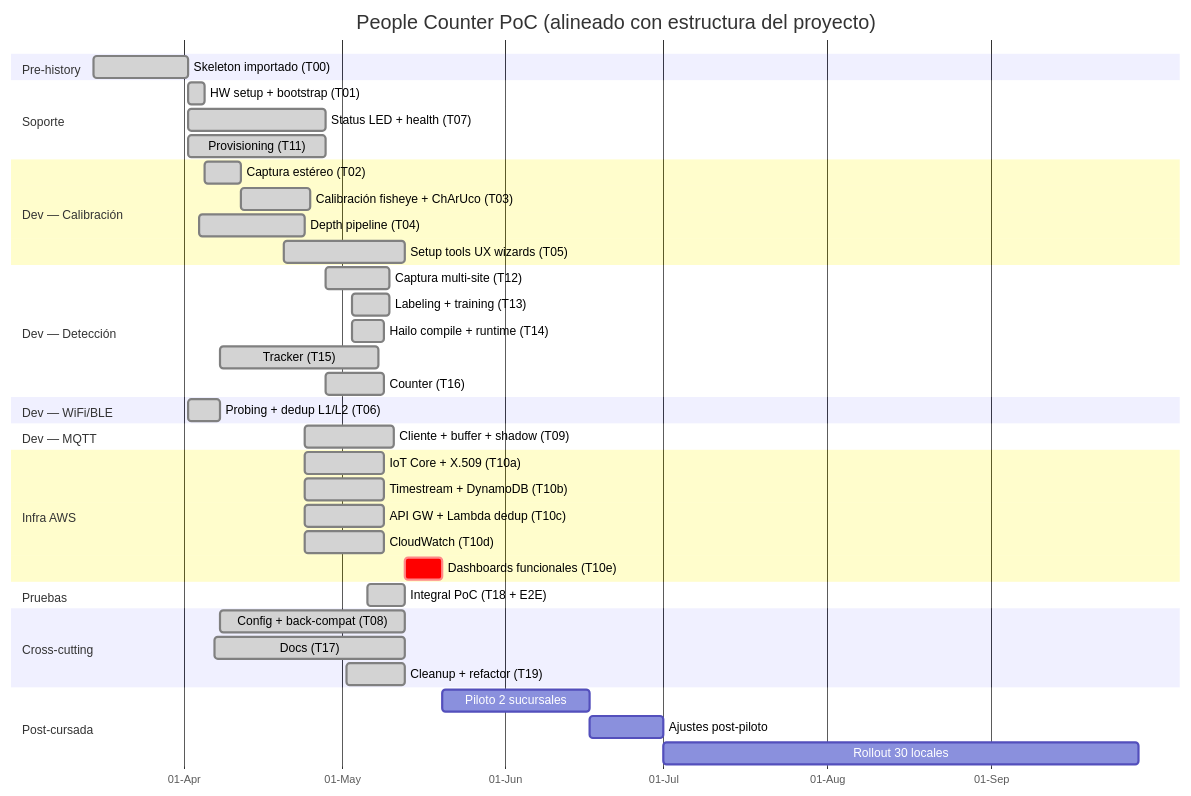
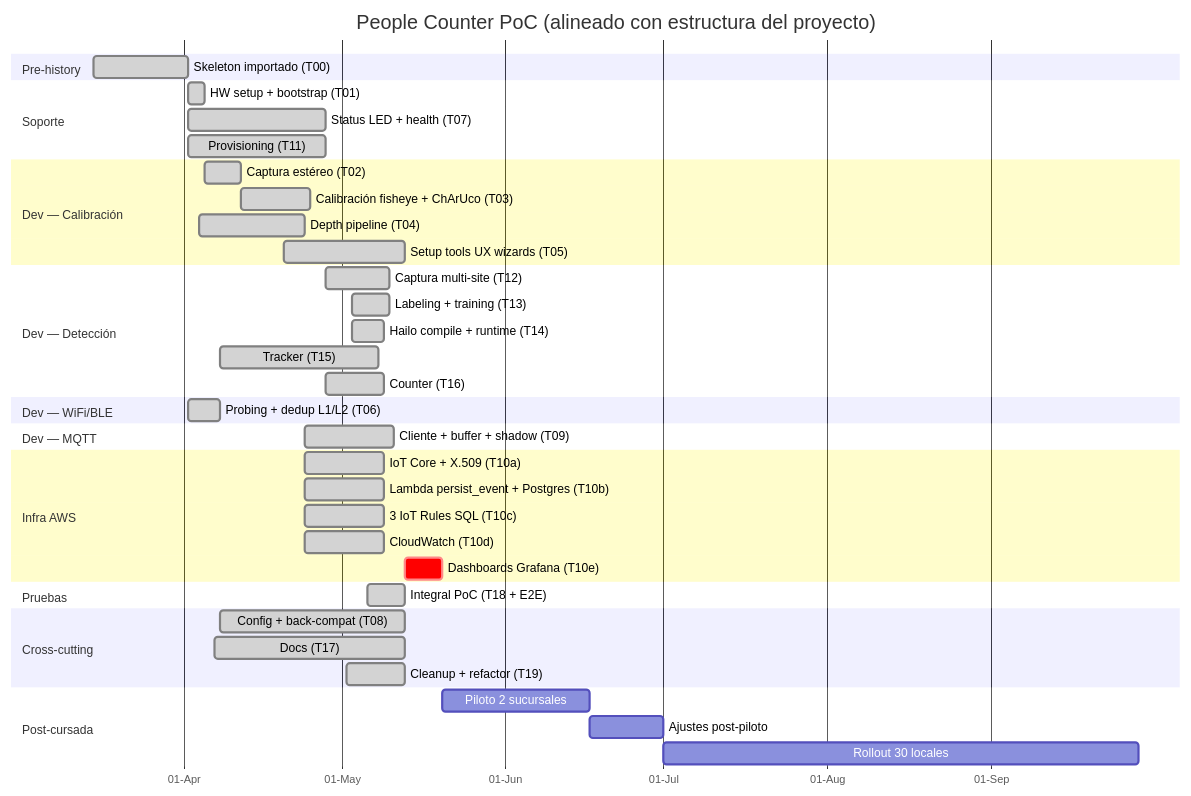
One commit to maurogasparri/people-counter changed the first of 2 diagrams in docs/project-gantt.md. Above: the diagram before and after it, drawn with Mermaid. The commit also changed other lines of this file and 3 other files, not shown here.

````diff
--- a/docs/project-gantt.md
+++ b/docs/project-gantt.md
@@ -356,53 +359,53 @@
 ```mermaid
 gantt
     title People Counter PoC (alineado con estructura del proyecto)
     dateFormat YYYY-MM-DD
     axisFormat %d-%b
 
     section Pre-history
     Skeleton importado (T00)              :done, t00, 2026-03-15, 18d
 
     section Soporte
     HW setup + bootstrap (T01)            :done, t01, after t00, 3d
     Status LED + health (T07)             :done, t07, 2026-04-02, 26d
     Provisioning (T11)                    :done, t11, 2026-04-02, 26d
 
     section Dev — Calibración
     Captura estéreo (T02)                 :done, t02, after t01, 7d
     Calibración fisheye + ChArUco (T03)   :done, t03, after t02, 13d
     Depth pipeline (T04)                  :done, t04, 2026-04-04, 20d
     Setup tools UX wizards (T05)          :done, t05, 2026-04-20, 23d
 
     section Dev — Detección
     Captura multi-site (T12)              :done, t12, 2026-04-28, 12d
     Labeling + training (T13)             :done, t13, 2026-05-03, 7d
     Hailo compile + runtime (T14)         :done, t14, 2026-05-03, 6d
     Tracker (T15)                         :done, t15, 2026-04-08, 30d
     Counter (T16)                         :done, t16, 2026-04-28, 11d
 
     section Dev — WiFi/BLE
     Probing + dedup L1/L2 (T06)           :done, t06, 2026-04-02, 6d
 
     section Dev — MQTT
     Cliente + buffer + shadow (T09)       :done, t09, 2026-04-24, 17d
 
     section Infra AWS
     IoT Core + X.509 (T10a)               :done, t10a, 2026-04-24, 15d
-    Timestream + DynamoDB (T10b)          :done, t10b, 2026-04-24, 15d
-    API GW + Lambda dedup (T10c)          :done, t10c, 2026-04-24, 15d
+    Lambda persist_event + Postgres (T10b):done, t10b, 2026-04-24, 15d
+    3 IoT Rules SQL (T10c)                :done, t10c, 2026-04-24, 15d
     CloudWatch (T10d)                     :done, t10d, 2026-04-24, 15d
-    Dashboards funcionales (T10e)         :crit, t10e, 2026-05-13, 7d
+    Dashboards Grafana (T10e)             :crit, t10e, 2026-05-13, 7d
 
     section Pruebas
     Integral PoC (T18 + E2E)              :done, t18, 2026-05-06, 7d
 
     section Cross-cutting
     Config + back-compat (T08)            :done, t08, 2026-04-08, 35d
     Docs (T17)                            :done, t17, 2026-04-07, 36d
     Cleanup + refactor (T19)              :done, t19, 2026-05-02, 11d
 
     section Post-cursada
     Piloto 2 sucursales                   :pilot, after t10e, 28d
     Ajustes post-piloto                   :adjust, after pilot, 14d
     Rollout 30 locales                    :rollout, after adjust, 90d
 ```
````
